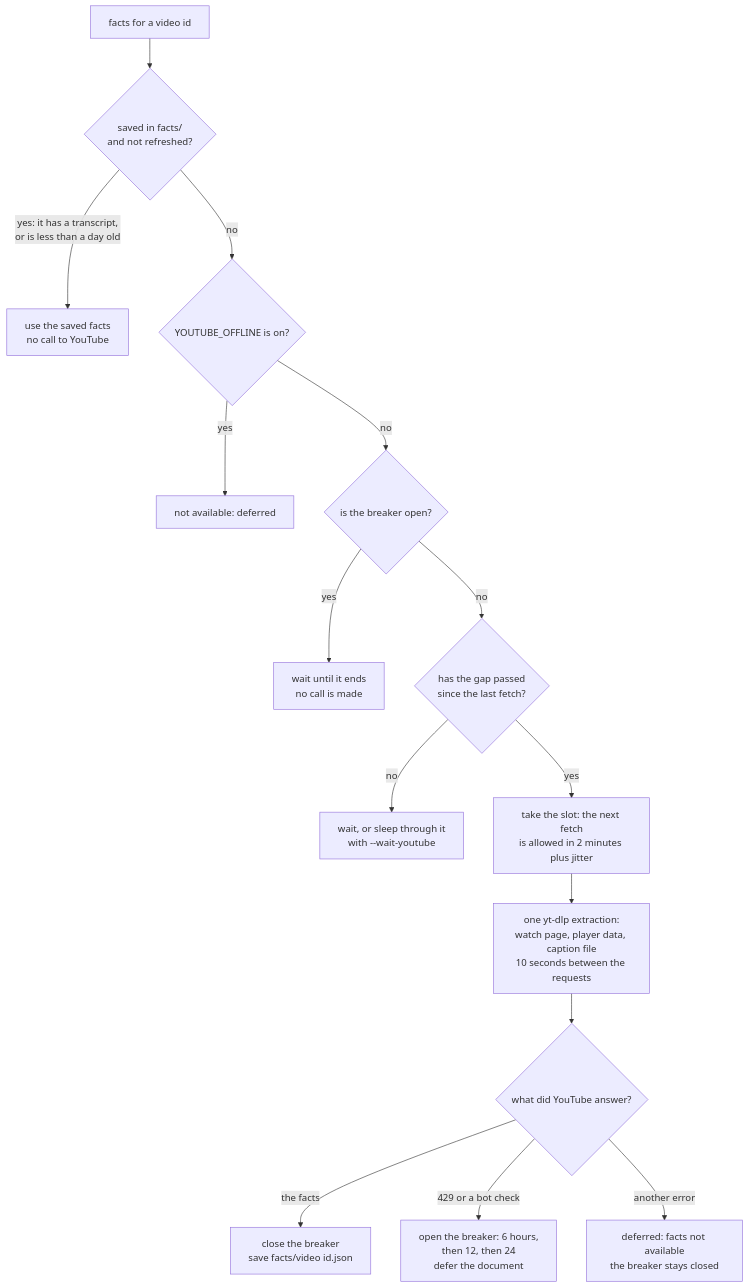
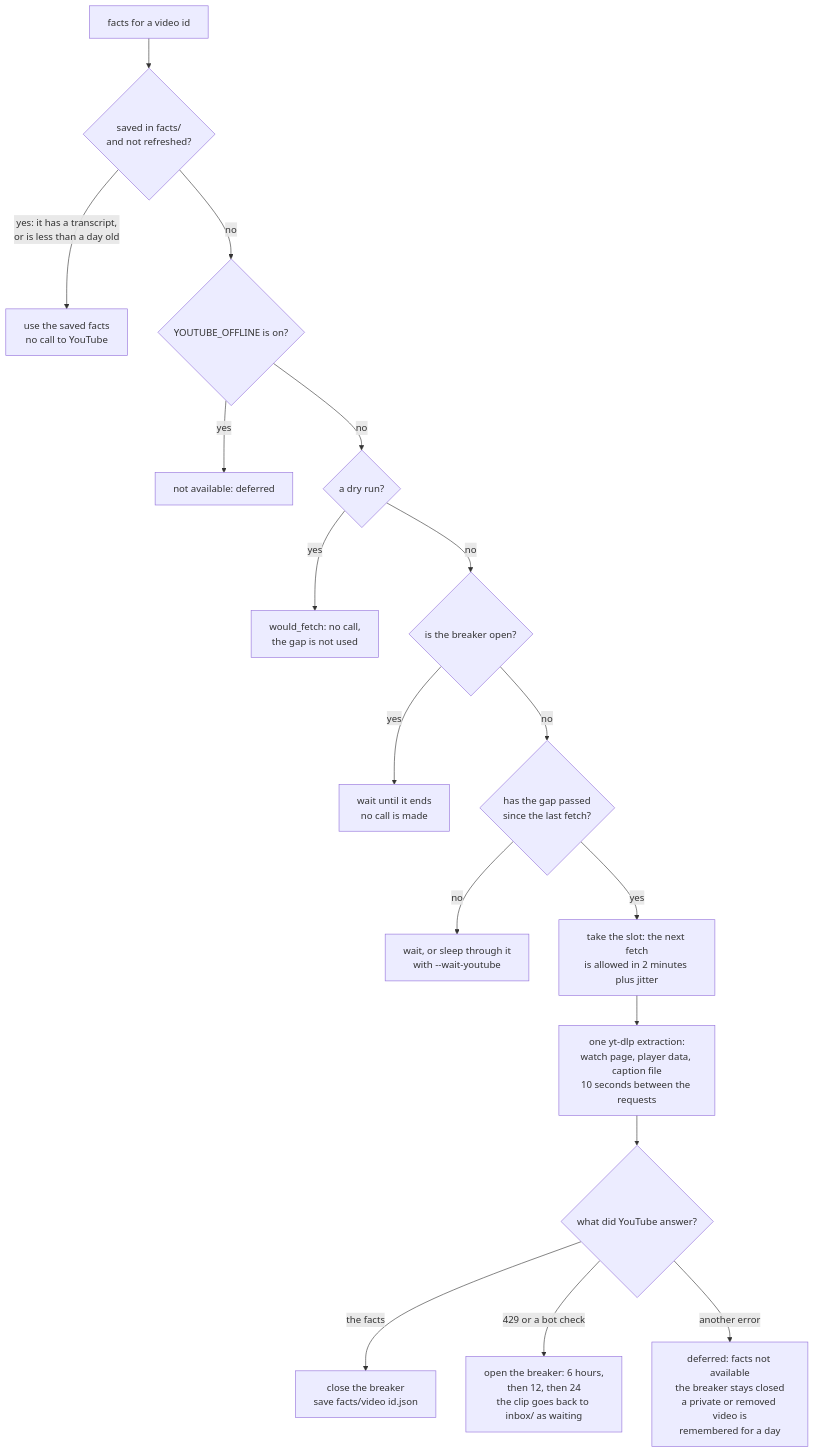
The third of 5 diagrams in docs/idea-catcher-diagram-processing-loop.md (epiaku/idea-catcher), drawn with Mermaid before and after one commit. The commit also changed other lines of this file and 6 other files, not shown here.

````diff
--- a/docs/idea-catcher-diagram-processing-loop.md
+++ b/docs/idea-catcher-diagram-processing-loop.md
@@ -100,17 +106,19 @@
 ```mermaid
 flowchart TB
   f0["facts for a video id"] --> f1{"saved in facts/<br/>and not refreshed?"}
   f1 -->|"yes: it has a transcript,<br/>or is less than a day old"| fok["use the saved facts<br/>no call to YouTube"]
   f1 -->|"no"| f2{"YOUTUBE_OFFLINE is on?"}
   f2 -->|"yes"| foff["not available: deferred"]
-  f2 -->|"no"| f3{"is the breaker open?"}
+  f2 -->|"no"| fdry{"a dry run?"}
+  fdry -->|"yes"| fwf["would_fetch: no call,<br/>the gap is not used"]
+  fdry -->|"no"| f3{"is the breaker open?"}
   f3 -->|"yes"| fblk["wait until it ends<br/>no call is made"]
   f3 -->|"no"| f4{"has the gap passed<br/>since the last fetch?"}
   f4 -->|"no"| fgap["wait, or sleep through it<br/>with --wait-youtube"]
   f4 -->|"yes"| f5["take the slot: the next fetch<br/>is allowed in 2 minutes plus jitter"]
   f5 --> f6["one yt-dlp extraction:<br/>watch page, player data, caption file<br/>10 seconds between the requests"]
   f6 --> f7{"what did YouTube answer?"}
   f7 -->|"the facts"| f8["close the breaker<br/>save facts/video id.json"]
-  f7 -->|"429 or a bot check"| f9["open the breaker: 6 hours,<br/>then 12, then 24<br/>defer the document"]
-  f7 -->|"another error"| f10["deferred: facts not available<br/>the breaker stays closed"]
+  f7 -->|"429 or a bot check"| f9["open the breaker: 6 hours,<br/>then 12, then 24<br/>the clip goes back to inbox/ as waiting"]
+  f7 -->|"another error"| f10["deferred: facts not available<br/>the breaker stays closed<br/>a private or removed video is<br/>remembered for a day"]
 ```
````
